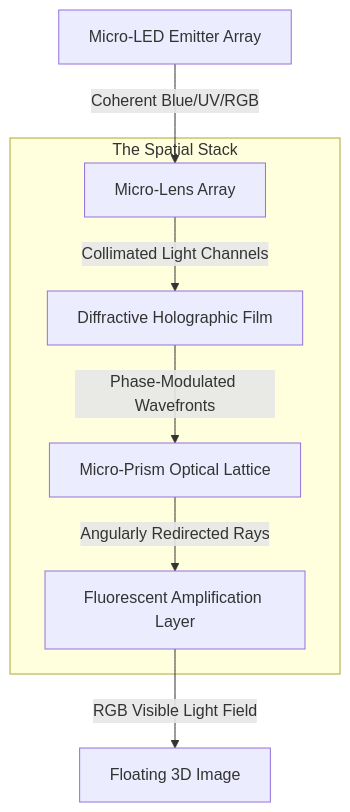
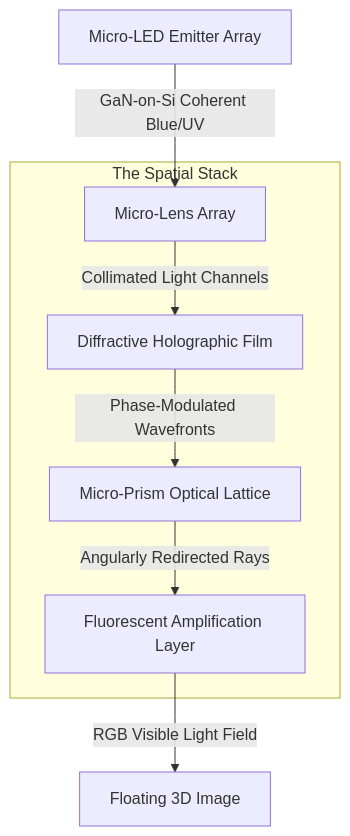
Before and after one commit to YEMURAI-CAROLINE-MLAMBO/BF-v2: the diagram in docs/hardware/spatial_light_engine.md, drawn with Mermaid. The commit also changed other lines of this file and 4 other files, not shown here.

First line of the commit message:
docs: finalize BendingForce v2 technical architecture and white paper

````diff
--- a/docs/hardware/spatial_light_engine.md
+++ b/docs/hardware/spatial_light_engine.md
@@ -9,15 +9,15 @@
 ```mermaid
 graph TD
-    A[Micro-LED Emitter Array] -->|Coherent Blue/UV/RGB| B[Micro-Lens Array]
+    A[Micro-LED Emitter Array] -->|GaN-on-Si Coherent Blue/UV| B[Micro-Lens Array]
     B -->|Collimated Light Channels| C[Diffractive Holographic Film]
     C -->|Phase-Modulated Wavefronts| D[Micro-Prism Optical Lattice]
     D -->|Angularly Redirected Rays| E[Fluorescent Amplification Layer]
     E -->|RGB Visible Light Field| F[Floating 3D Image]
 
     subgraph "The Spatial Stack"
     B
     C
     D
     E
     end
 ```
````
